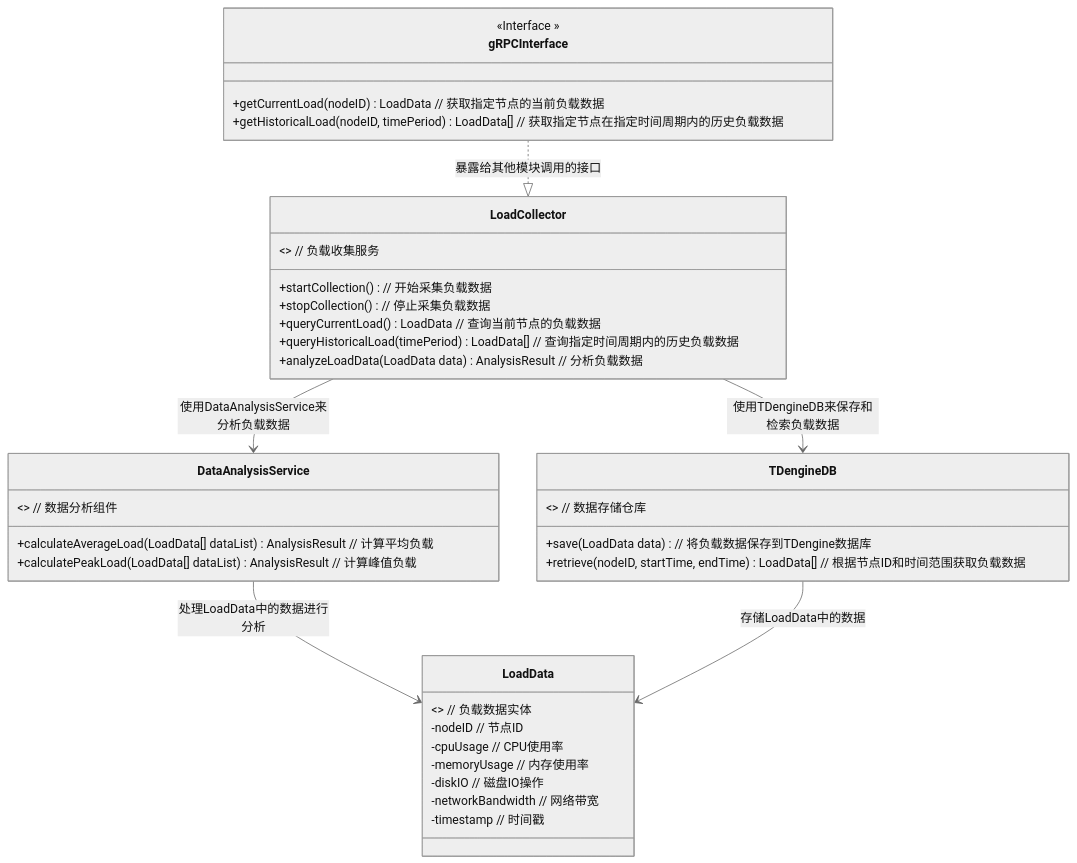
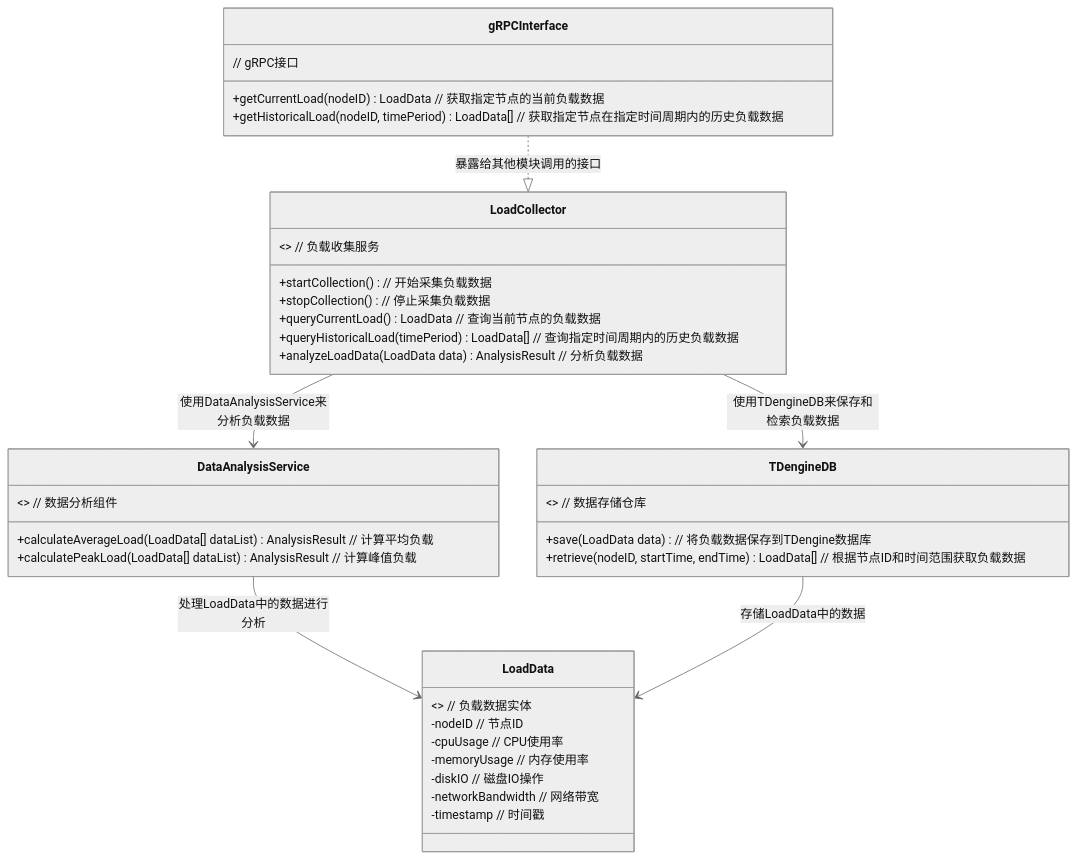
The diagram in all/未命名.md (jjj960/iodraw-files), drawn with Mermaid (neutral theme) before and after one commit.

Commit message:
2025-03-06 17:02:07 update

````diff
--- a/all/未命名.md
+++ b/all/未命名.md
@@ -1,46 +1,46 @@
 ```mermaid
 classDiagram
     class LoadCollector {
         <<Service>>  // 负载收集服务
         +startCollection()  // 开始采集负载数据
         +stopCollection()  // 停止采集负载数据
         +queryCurrentLoad() LoadData  // 查询当前节点的负载数据
         +queryHistoricalLoad(timePeriod) LoadData[]  // 查询指定时间周期内的历史负载数据
         +analyzeLoadData(LoadData data) AnalysisResult  // 分析负载数据
     }
 
     class LoadData {
         <<Entity>>  // 负载数据实体
         -nodeID  // 节点ID
         -cpuUsage  // CPU使用率
         -memoryUsage  // 内存使用率
         -diskIO  // 磁盘IO操作
         -networkBandwidth  // 网络带宽
         -timestamp  // 时间戳
     }
 
     class TDengineDB {
         <<Repository>>  // 数据存储仓库
         +save(LoadData data)  // 将负载数据保存到TDengine数据库
         +retrieve(nodeID, startTime, endTime) LoadData[]  // 根据节点ID和时间范围获取负载数据
     }
 
     class DataAnalysisService {
         <<Component>>  // 数据分析组件
         +calculateAverageLoad(LoadData[] dataList) AnalysisResult  // 计算平均负载
         +calculatePeakLoad(LoadData[] dataList) AnalysisResult  // 计算峰值负载
     }
 
     LoadCollector --> TDengineDB : 使用TDengineDB来保存和检索负载数据
     LoadCollector --> DataAnalysisService : 使用DataAnalysisService来分析负载数据
     DataAnalysisService --> LoadData : 处理LoadData中的数据进行分析
     TDengineDB --> LoadData : 存储LoadData中的数据
 
     class gRPCInterface {
-        <<Interface >>  
+        // gRPC接口 
         +getCurrentLoad(nodeID) LoadData  // 获取指定节点的当前负载数据
         +getHistoricalLoad(nodeID, timePeriod) LoadData[]  // 获取指定节点在指定时间周期内的历史负载数据
     }
 
     gRPCInterface ..|> LoadCollector : 暴露给其他模块调用的接口
 ```
````
